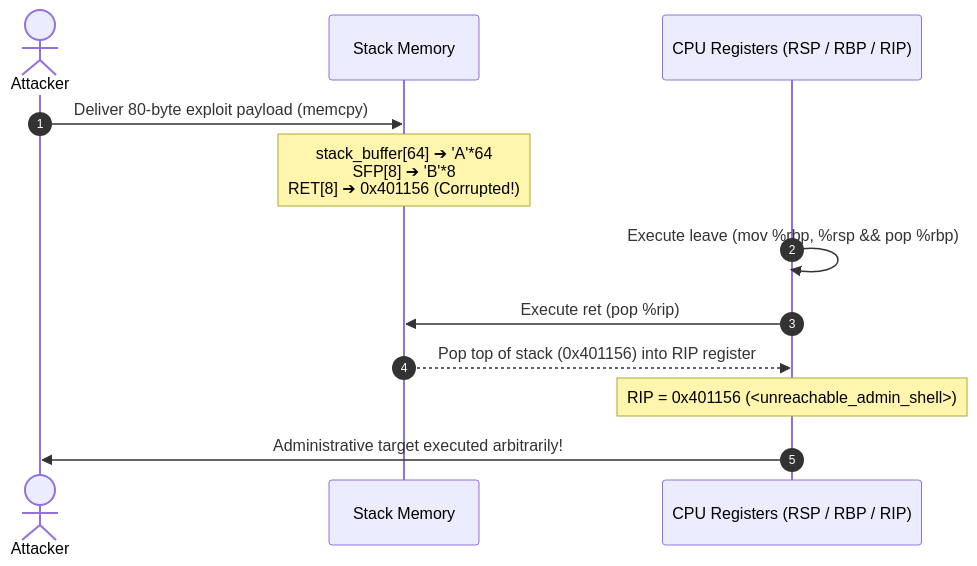
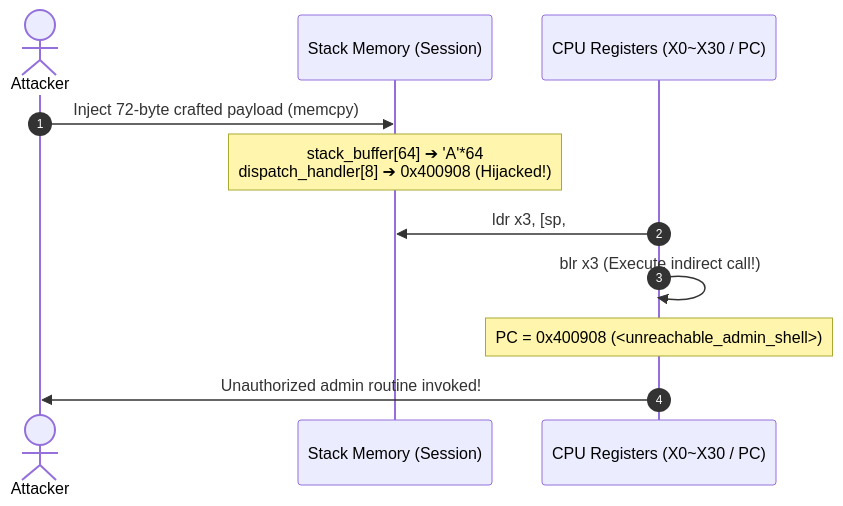
The diagram in docs/en/principles/05-stack-bof-rip.md (auking45/linux-kernel-hardening-lab), drawn with Mermaid before and after one commit. The commit also changed other lines of this file and 17 other files, not shown here.

Commit message:
feat(principles): migrate labs 01-05 and docs to AArch64 default dual architecture

````diff
--- a/docs/en/principles/05-stack-bof-rip.md
+++ b/docs/en/principles/05-stack-bof-rip.md
@@ -52,15 +63,14 @@
-```mermaid
-sequenceDiagram
-    autonumber
-    actor Attacker as Attacker
-    participant Stack as Stack Memory
-    participant CPU as CPU Registers (RSP / RBP / RIP)
+    ```mermaid
+    sequenceDiagram
+        autonumber
+        actor Attacker as Attacker
+        participant Stack as Stack Memory (Session)
+        participant CPU as CPU Registers (X0~X30 / PC)
 
-    Attacker->>Stack: Deliver 80-byte exploit payload (memcpy)
-    Note over Stack: stack_buffer[64] ➔ 'A'*64<br/>SFP[8] ➔ 'B'*8<br/>RET[8] ➔ 0x401156 (Corrupted!)
-    CPU->>CPU: Execute leave (mov %rbp, %rsp && pop %rbp)
-    CPU->>Stack: Execute ret (pop %rip)
-    Stack-->>CPU: Pop top of stack (0x401156) into RIP register
-    Note over CPU: RIP = 0x401156 (<unreachable_admin_shell>)
-    CPU->>Attacker: Administrative target executed arbitrarily!
-```
+        Attacker->>Stack: Inject 72-byte crafted payload (memcpy)
+        Note over Stack: stack_buffer[64] ➔ 'A'*64<br/>dispatch_handler[8] ➔ 0x400908 (Hijacked!)
+        CPU->>Stack: ldr x3, [sp, #64] (Load dispatch_handler)
+        CPU->>CPU: blr x3 (Execute indirect call!)
+        Note over CPU: PC = 0x400908 (<unreachable_admin_shell>)
+        CPU->>Attacker: Unauthorized admin routine invoked!
+    ```
````
